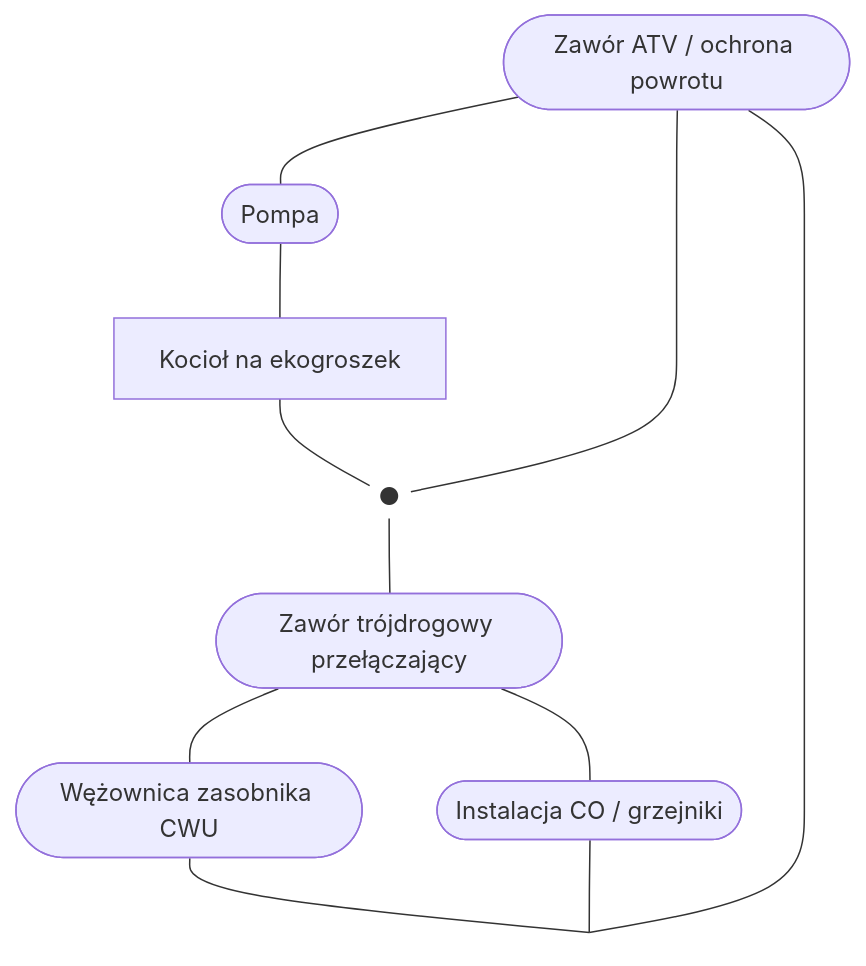
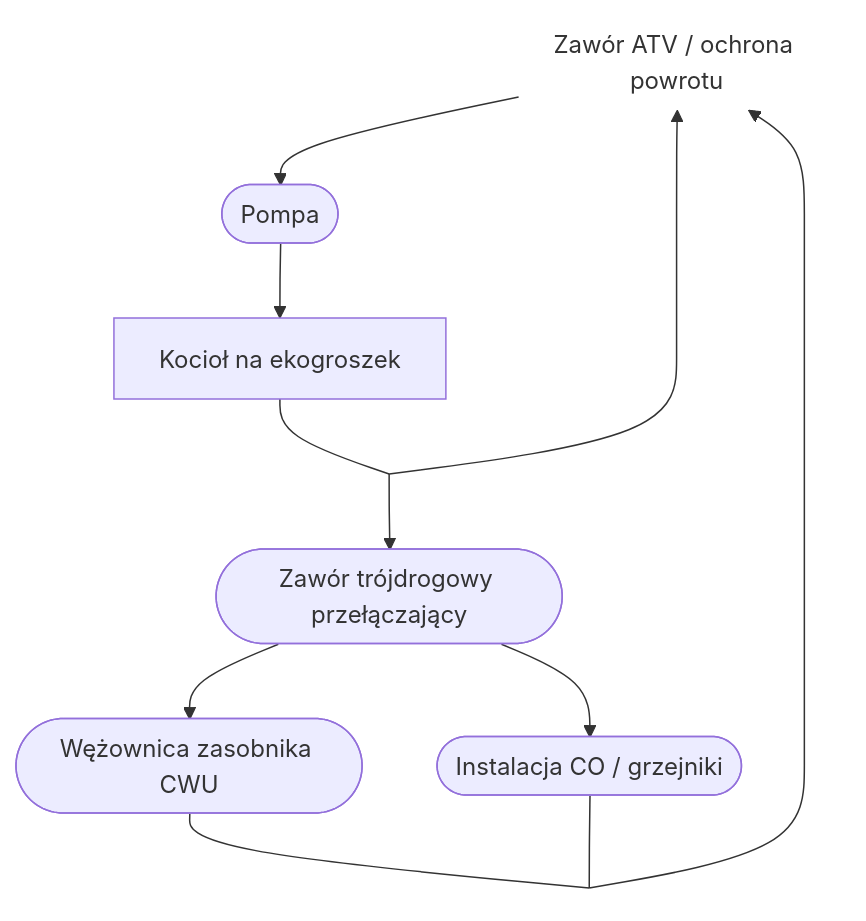
The diagram in docs/varia/co/jedna_pompa.md (tblisty/public_files), drawn with Mermaid before and after one commit. The commit also changed 1 other file, not shown here.

````diff
--- a/docs/varia/co/jedna_pompa.md
+++ b/docs/varia/co/jedna_pompa.md
@@ -2,25 +2,25 @@
 ```mermaid
 flowchart TD
 
 %% Kocioł 
-ATV([Zawór ATV / ochrona powrotu]) --- P([Pompa]) --- K[Kocioł na ekogroszek] --- R1((●)) --- V3([Zawór trójdrogowy przełączający]) --- CWU([Wężownica zasobnika CWU]) --- R2
+ATV([Zawór ATV / ochrona powrotu]) --> P([Pompa]) --> K[Kocioł na ekogroszek] --- R1 --> V3([Zawór trójdrogowy przełączający]) --> CWU([Wężownica zasobnika CWU]) --- R2
 
-R1 --- ATV
+R1 --> ATV
 
 
 %% GAŁĄŹ CWU
 
 %% GAŁĄŹ CO
-V3 --- CO([Instalacja CO / grzejniki]) --- R2
+V3 --> CO([Instalacja CO / grzejniki]) --- R2
 
-R2 --- ATV
+R2 --> ATV
 
 classDef wezly fill:transparent,stroke:transparent,stroke-width:1px;
 
-class R1 wezly
+class ATV wezly
 
 classDef point fill:none,stroke:none,width:0px,height:0px,color:#00000000;
 
-class R2 point
+class R1,R2 point
 
 ```
````
